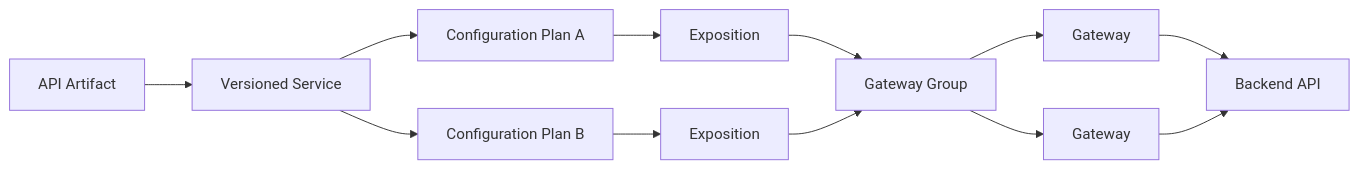
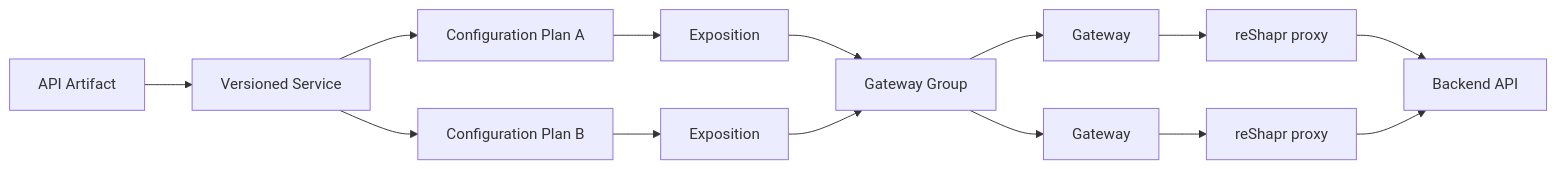
One commit to reshaprio/reshapr.io changed the diagram in docs/overview/how-it-works.md. Above: the diagram before and after it, drawn with Mermaid. The commit also changed other lines of this file and 33 other files, not shown here.

Commit message:
chore(docs): #50 Add contextual demos and polis gateway vs proxy terminology Signed-off-by: Laurent Broudoux <laurent.broudoux@gmail.com>

````diff
--- a/docs/overview/how-it-works.md
+++ b/docs/overview/how-it-works.md
@@ -17,14 +17,16 @@
 ```mermaid
 flowchart LR
 	Artifact[API Artifact] --> Service[Versioned Service]
 	Service --> PlanA[Configuration Plan A]
 	Service --> PlanB[Configuration Plan B]
 	PlanA --> ExpositionA[Exposition]
 	PlanB --> ExpositionB[Exposition]
 	ExpositionA --> Group[Gateway Group]
 	ExpositionB --> Group
 	Group --> GatewayA[Gateway]
 	Group --> GatewayB[Gateway]
-	GatewayA --> Backend[Backend API]
-	GatewayB --> Backend
+	GatewayA --> ProxyA[reShapr proxy]
+	GatewayB --> ProxyB[reShapr proxy]
+	ProxyA --> Backend[Backend API]
+	ProxyB --> Backend
 ```
````
